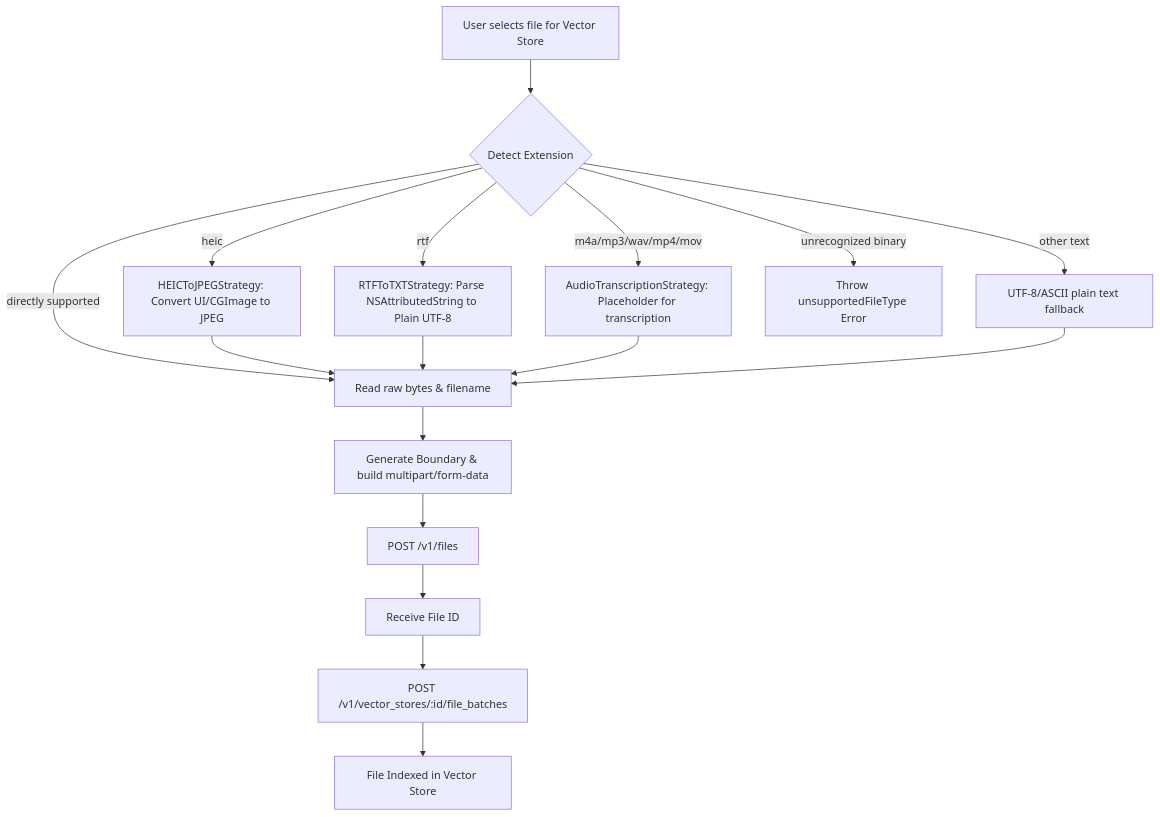
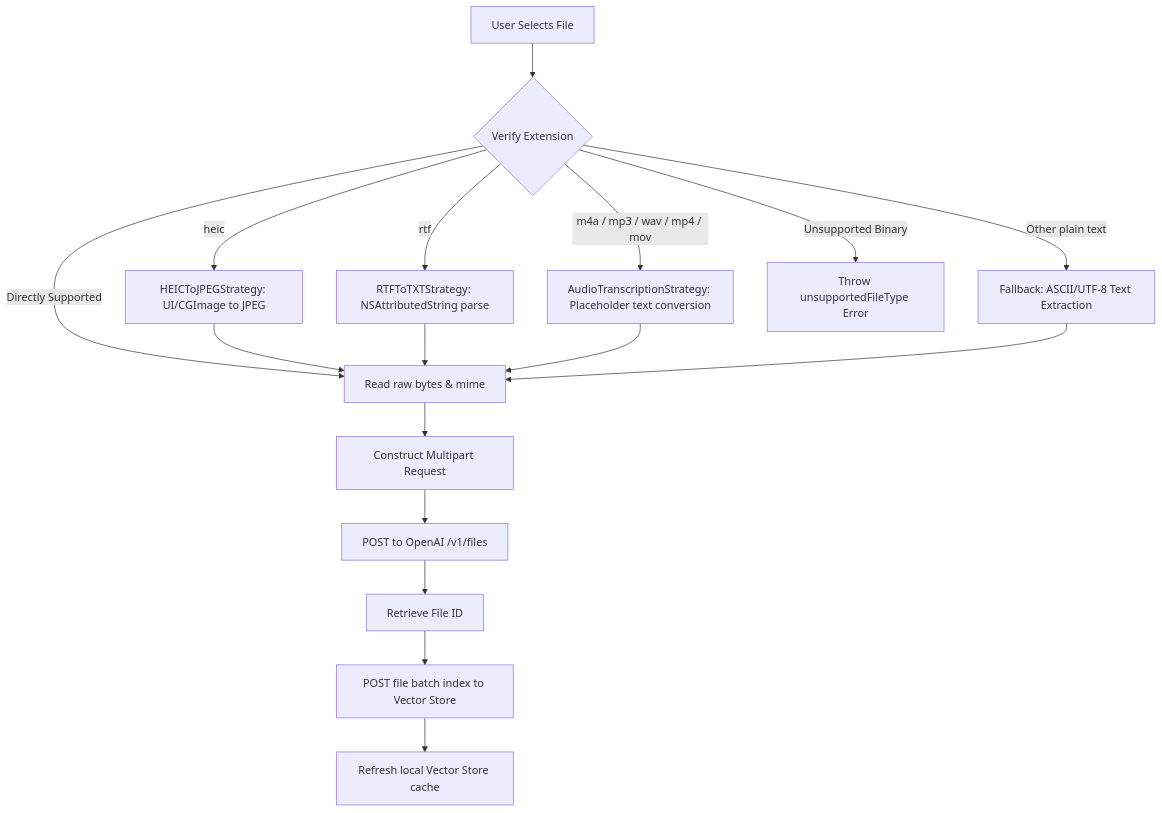
Before and after one commit to Gunnarguy/OpenAssistant: the third of 4 diagrams in README.md, drawn with Mermaid. The commit also changed other lines of this file and 15 other files, not shown here.

````diff
--- a/README.md
+++ b/README.md
@@ -128,23 +160,22 @@
 ```mermaid
 flowchart TD
-    Start[User selects file for Vector Store] --> DetectExtension{Detect Extension}
+    A[User Selects File] --> B{Verify Extension}
     
-    %% Extension Routing
-    DetectExtension -- directly supported --> UploadRaw[Read raw bytes & filename]
-    DetectExtension -- heic --> HEICConv[HEICToJPEGStrategy: Convert UI/CGImage to JPEG]
-    DetectExtension -- rtf --> RTFConv[RTFToTXTStrategy: Parse NSAttributedString to Plain UTF-8]
-    DetectExtension -- m4a/mp3/wav/mp4/mov --> AudioConv[AudioTranscriptionStrategy: Placeholder for transcription]
-    DetectExtension -- other text --> TextConv[UTF-8/ASCII plain text fallback]
-    DetectExtension -- unrecognized binary --> Error[Throw unsupportedFileType Error]
-
-    HEICConv --> UploadRaw
-    RTFConv --> UploadRaw
-    AudioConv --> UploadRaw
-    TextConv --> UploadRaw
+    B -->|Directly Supported| C[Read raw bytes & mime]
+    B -->|heic| D[HEICToJPEGStrategy: UI/CGImage to JPEG]
+    B -->|rtf| E[RTFToTXTStrategy: NSAttributedString parse]
+    B -->|m4a / mp3 / wav / mp4 / mov| F[AudioTranscriptionStrategy: Placeholder text conversion]
+    B -->|Other plain text| G[Fallback: ASCII/UTF-8 Text Extraction]
+    B -->|Unsupported Binary| H[Throw unsupportedFileType Error]
     
-    UploadRaw --> Multipart[Generate Boundary & build multipart/form-data]
-    Multipart --> POSTFile[POST /v1/files]
-    POSTFile --> FileID[Receive File ID]
-    FileID --> BatchPOST[POST /v1/vector_stores/:id/file_batches]
-    BatchPOST --> Success[File Indexed in Vector Store]
+    D --> C
+    E --> C
+    F --> C
+    G --> C
+    
+    C --> I[Construct Multipart Request]
+    I --> J[POST to OpenAI /v1/files]
+    J --> K[Retrieve File ID]
+    K --> L[POST file batch index to Vector Store]
+    L --> M[Refresh local Vector Store cache]
 ```
````
